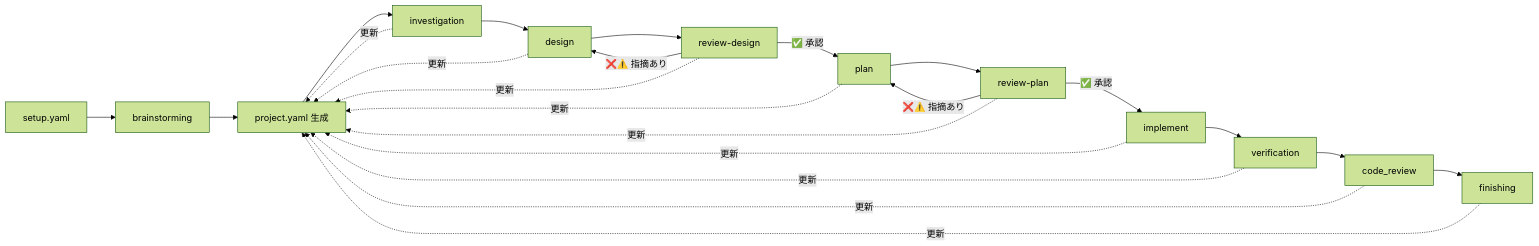
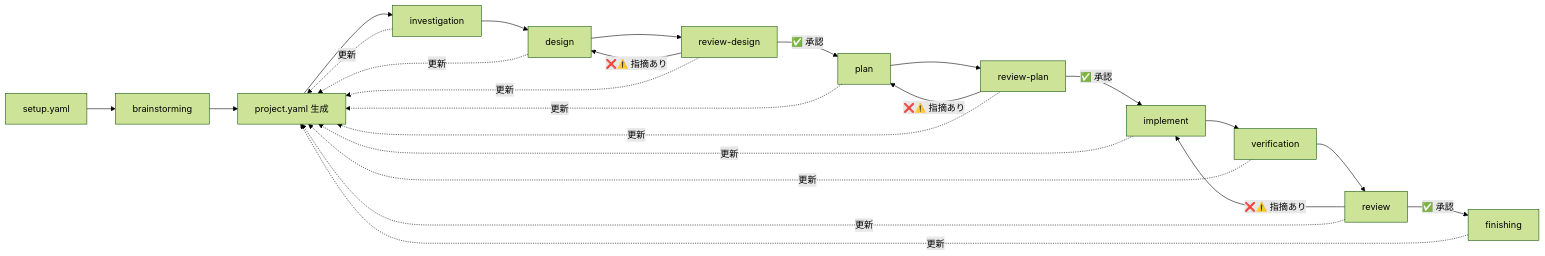
One commit to NagasakaH/dev-process changed the second of 4 diagrams in README.md. Above: the diagram before and after it, drawn with Mermaid (forest theme). The commit also changed other lines of this file and 3 other files, not shown here.

````diff
--- a/README.md
+++ b/README.md
@@ -250,26 +272,27 @@
 ```mermaid
 flowchart LR
     SY[setup.yaml] --> BS[brainstorming]
     BS --> PY[project.yaml 生成]
     PY --> INV[investigation]
     INV --> DES[design]
     DES --> RD[review-design]
     RD -->|✅ 承認| PLN[plan]
     RD -->|❌⚠️ 指摘あり| DES
     PLN --> RP[review-plan]
     RP -->|✅ 承認| IMP[implement]
     RP -->|❌⚠️ 指摘あり| PLN
     IMP --> VER[verification]
-    VER --> CR[code_review]
-    CR --> FIN[finishing]
+    VER --> REV[review]
+    REV -->|✅ 承認| FIN[finishing]
+    REV -->|❌⚠️ 指摘あり| IMP
 
     INV -.->|更新| PY
     DES -.->|更新| PY
     RD -.->|更新| PY
     PLN -.->|更新| PY
     RP -.->|更新| PY
     IMP -.->|更新| PY
     VER -.->|更新| PY
-    CR -.->|更新| PY
+    REV -.->|更新| PY
     FIN -.->|更新| PY
 ```
````
